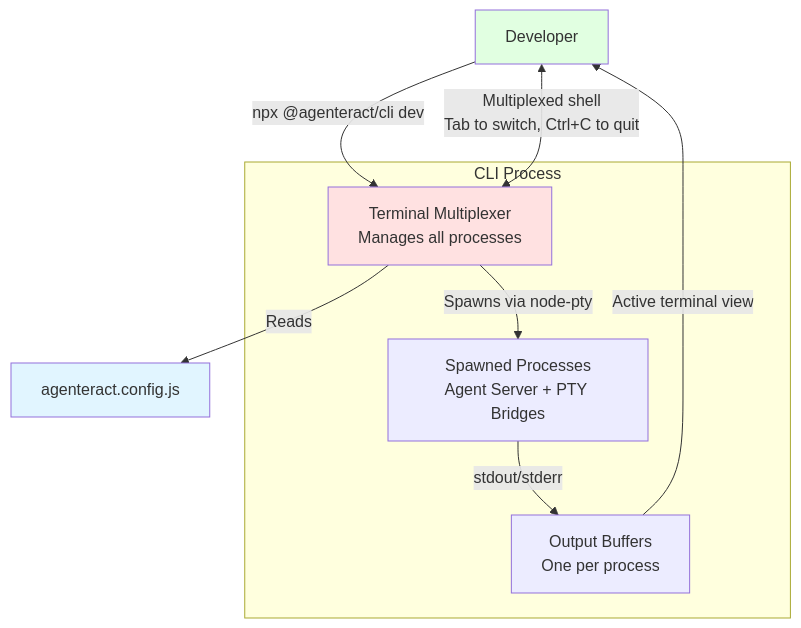
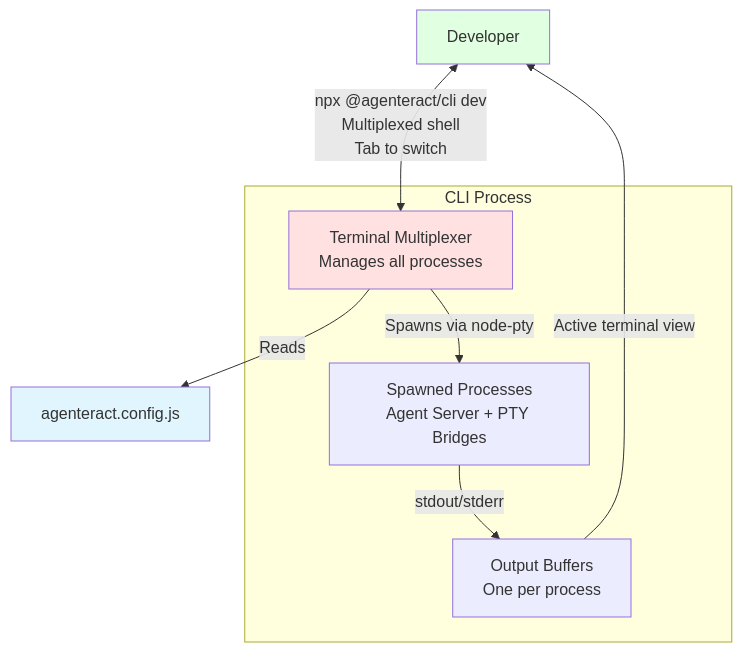
The sixth of 9 diagrams in docs/ARCHITECTURE.md (agenteract/agenteract), drawn with Mermaid before and after one commit. The commit also changed other lines of this file, not shown here.

````diff
--- a/docs/ARCHITECTURE.md
+++ b/docs/ARCHITECTURE.md
@@ -456,23 +460,22 @@
 ```mermaid
+%%{ init : { "theme" : "default", "themeVariables" : { "background" : "#000" }}}%%
 graph TB
     USER[Developer]
     CONFIG[agenteract.config.js]
 
     subgraph "CLI Process"
         MAIN[Terminal Multiplexer<br/>Manages all processes]
         PROCESSES[Spawned Processes<br/>Agent Server + PTY Bridges]
         BUFFERS[Output Buffers<br/>One per process]
     end
 
-    USER -->|npx @agenteract/cli dev| MAIN
+    USER <-->|npx @agenteract/cli dev<br/>Multiplexed shell<br/>Tab to switch| MAIN
     MAIN -->|Reads| CONFIG
     MAIN -->|Spawns via node-pty| PROCESSES
     PROCESSES -->|stdout/stderr| BUFFERS
     BUFFERS -->|Active terminal view| USER
 
-    USER <-->|Multiplexed shell<br/>Tab to switch, Ctrl+C to quit| MAIN
-
     style MAIN fill:#ffe1e1
     style CONFIG fill:#e1f5ff
     style USER fill:#e1ffe1
 ```
````
